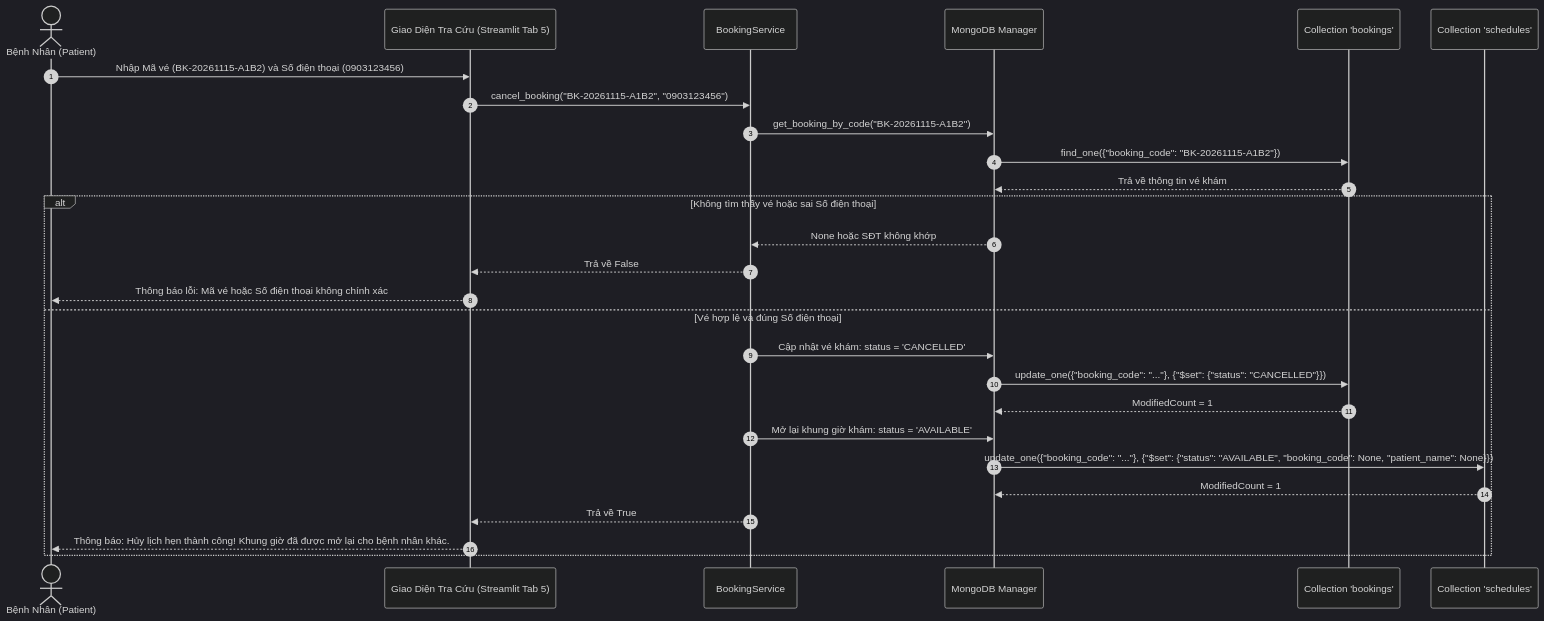
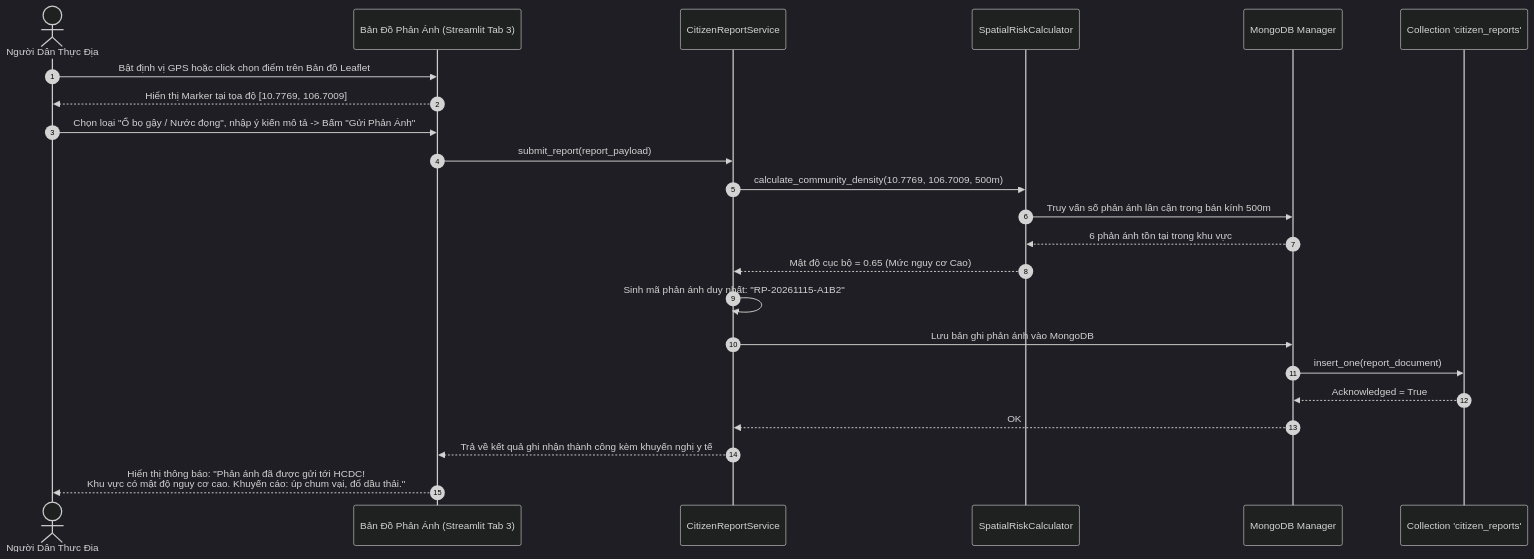
Diagram 19 of 26 in README.md (VanderSpeare/dengue-prediction), drawn with Mermaid (dark theme) before and after one commit. The commit also changed other lines of this file and 25 other files, not shown here.

````diff
--- a/README.md
+++ b/README.md
@@ -1639,33 +970,29 @@
 ```mermaid
 sequenceDiagram
     autonumber
-    actor Patient as Bệnh Nhân (Patient)
-    participant UI as Giao Diện Tra Cứu (Streamlit Tab 5)
-    participant Service as BookingService
+    actor Citizen as Người Dân Thực Địa
+    participant UI as Bản Đồ Phản Ánh (Streamlit Tab 3)
+    participant Service as CitizenReportService
+    participant SpatialCalc as SpatialRiskCalculator
     participant DB as MongoDB Manager
-    participant BookingsColl as Collection 'bookings'
-    participant SchedulesColl as Collection 'schedules'
+    participant ReportsColl as Collection 'citizen_reports'
 
-    Patient->>UI: Nhập Mã vé (BK-20261115-A1B2) và Số điện thoại (0903123456)
-    UI->>Service: cancel_booking("BK-20261115-A1B2", "0903123456")
-    Service->>DB: get_booking_by_code("BK-20261115-A1B2")
-    DB->>BookingsColl: find_one({"booking_code": "BK-20261115-A1B2"})
-    BookingsColl-->>DB: Trả về thông tin vé khám
+    Citizen->>UI: Bật định vị GPS hoặc click chọn điểm trên Bản đồ Leaflet
+    UI-->>Citizen: Hiển thị Marker tại tọa độ [10.7769, 106.7009]
+    Citizen->>UI: Chọn loại "Ổ bọ gậy / Nước đọng", nhập ý kiến mô tả -> Bấm "Gửi Phản Ánh"
+    UI->>Service: submit_report(report_payload)
+    
+    Service->>SpatialCalc: calculate_community_density(10.7769, 106.7009, 500m)
+    SpatialCalc->>DB: Truy vấn số phản ánh lân cận trong bán kính 500m
+    DB-->>SpatialCalc: 6 phản ánh tồn tại trong khu vực
+    SpatialCalc-->>Service: Mật độ cục bộ = 0.65 (Mức nguy cơ Cao)
 
-    alt Không tìm thấy vé hoặc sai Số điện thoại
-        DB-->>Service: None hoặc SĐT không khớp
-        Service-->>UI: Trả về False
-        UI-->>Patient: Thông báo lỗi: Mã vé hoặc Số điện thoại không chính xác
-    else Vé hợp lệ và đúng Số điện thoại
-        Service->>DB: Cập nhật vé khám: status = 'CANCELLED'
-        DB->>BookingsColl: update_one({"booking_code": "..."}, {"$set": {"status": "CANCELLED"}})
-        BookingsColl-->>DB: ModifiedCount = 1
+    Service->>Service: Sinh mã phản ánh duy nhất: "RP-20261115-A1B2"
+    Service->>DB: Lưu bản ghi phản ánh vào MongoDB
+    DB->>ReportsColl: insert_one(report_document)
+    ReportsColl-->>DB: Acknowledged = True
+    DB-->>Service: OK
 
-        Service->>DB: Mở lại khung giờ khám: status = 'AVAILABLE'
-        DB->>SchedulesColl: update_one({"booking_code": "..."}, {"$set": {"status": "AVAILABLE", "booking_code": None, "patient_name": None}})
-        SchedulesColl-->>DB: ModifiedCount = 1
-
-        Service-->>UI: Trả về True
-        UI-->>Patient: Thông báo: Hủy lịch hẹn thành công! Khung giờ đã được mở lại cho bệnh nhân khác.
-    end
+    Service-->>UI: Trả về kết quả ghi nhận thành công kèm khuyến nghị y tế
+    UI-->>Citizen: Hiển thị thông báo: "Phản ánh đã được gửi tới HCDC!<br/>Khu vực có mật độ nguy cơ cao. Khuyến cáo: úp chum vại, đổ dầu thải."
 ```
````
